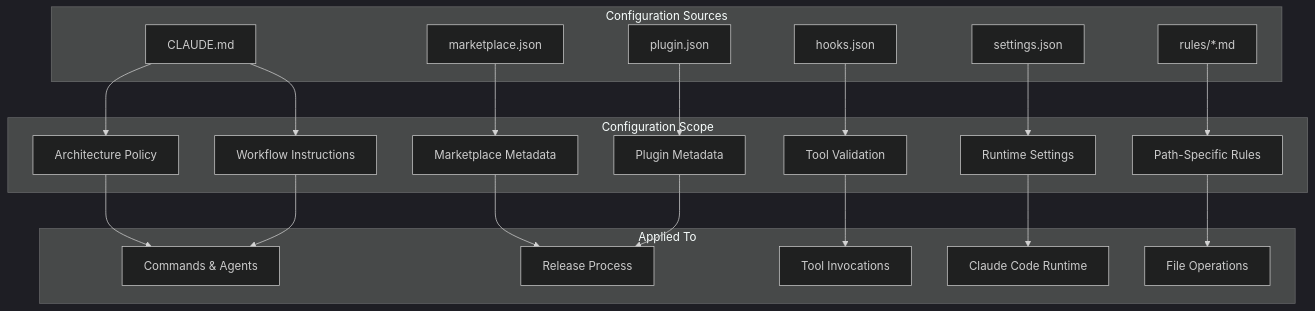
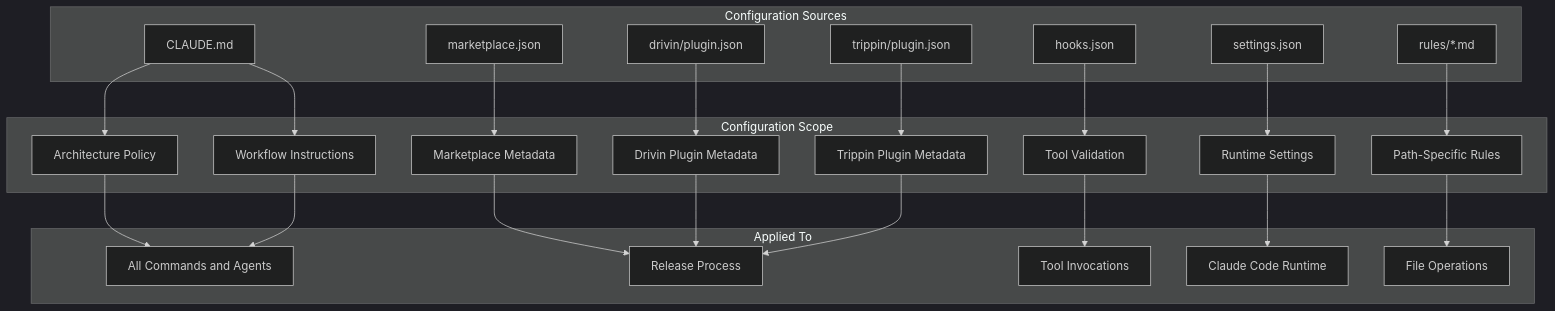
One commit to qmu/workaholic changed the sixth of 8 diagrams in .workaholic/specs/feature.md. Above: the diagram before and after it, drawn with Mermaid (dark theme). The commit also changed other lines of this file and 57 other files, not shown here.

````diff
--- a/.workaholic/specs/feature.md
+++ b/.workaholic/specs/feature.md
@@ -326,31 +407,34 @@
 ```mermaid
 flowchart TD
-    subgraph Configuration Sources
+    subgraph "Configuration Sources"
         A[CLAUDE.md]
         B[marketplace.json]
-        C[plugin.json]
+        C1["drivin/plugin.json"]
+        C2["trippin/plugin.json"]
         D[hooks.json]
         E[settings.json]
         F["rules/*.md"]
     end
 
-    subgraph Configuration Scope
+    subgraph "Configuration Scope"
         A --> G[Architecture Policy]
         A --> H[Workflow Instructions]
         B --> I[Marketplace Metadata]
-        C --> J[Plugin Metadata]
+        C1 --> J1[Drivin Plugin Metadata]
+        C2 --> J2[Trippin Plugin Metadata]
         D --> K[Tool Validation]
         E --> L[Runtime Settings]
         F --> M[Path-Specific Rules]
     end
 
-    subgraph Applied To
-        G --> N[Commands & Agents]
+    subgraph "Applied To"
+        G --> N[All Commands and Agents]
         H --> N
         I --> O[Release Process]
-        J --> O
+        J1 --> O
+        J2 --> O
         K --> P[Tool Invocations]
         L --> Q[Claude Code Runtime]
         M --> R[File Operations]
     end
 ```
````
